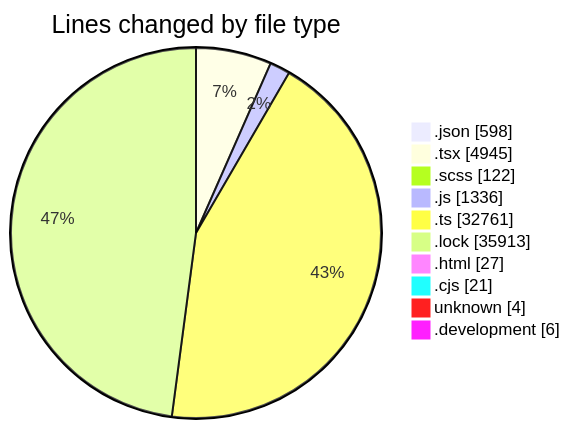
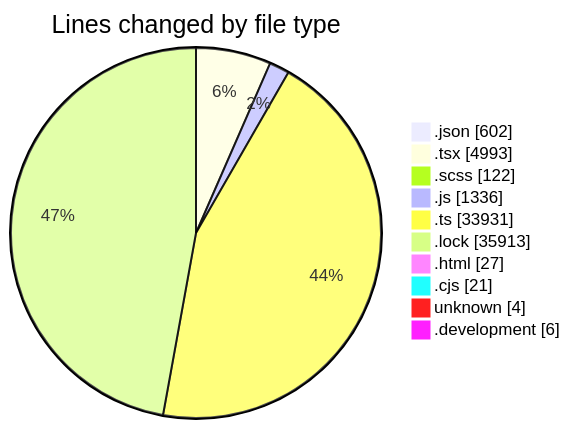
Before and after one commit to momahboobian/code-tracking: the first of 2 diagrams in 2026-09-03/cda/README.md, drawn with Mermaid. The commit also changed other lines of this file and 1 other file, not shown here.

````diff
--- a/2026-09-03/cda/README.md
+++ b/2026-09-03/cda/README.md
@@ -81,14 +81,14 @@
 ```mermaid
 pie showData
 title Lines changed by file type
-".json" : 598
-".tsx" : 4945
+".json" : 602
+".tsx" : 4993
 ".scss" : 122
 ".js" : 1336
-".ts" : 32761
+".ts" : 33931
 ".lock" : 35913
 ".html" : 27
 ".cjs" : 21
 "unknown" : 4
 ".development" : 6
 ```
````
